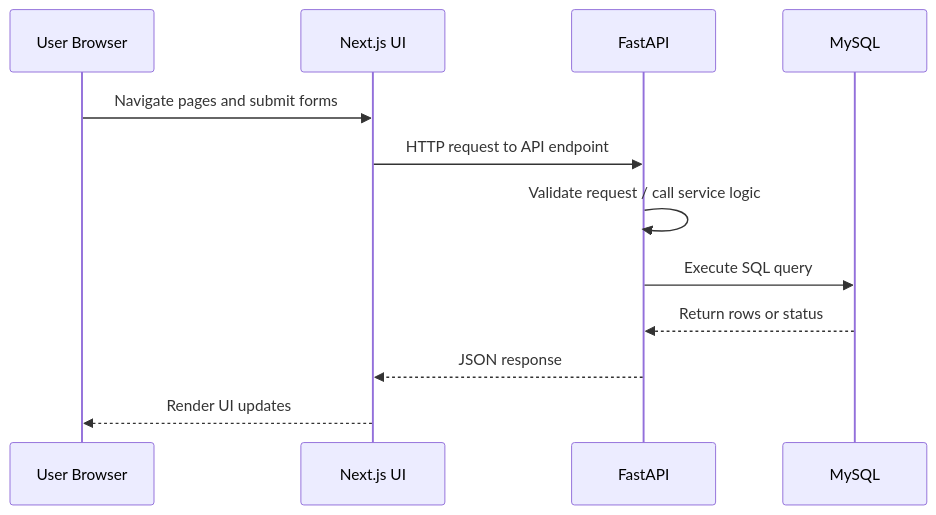
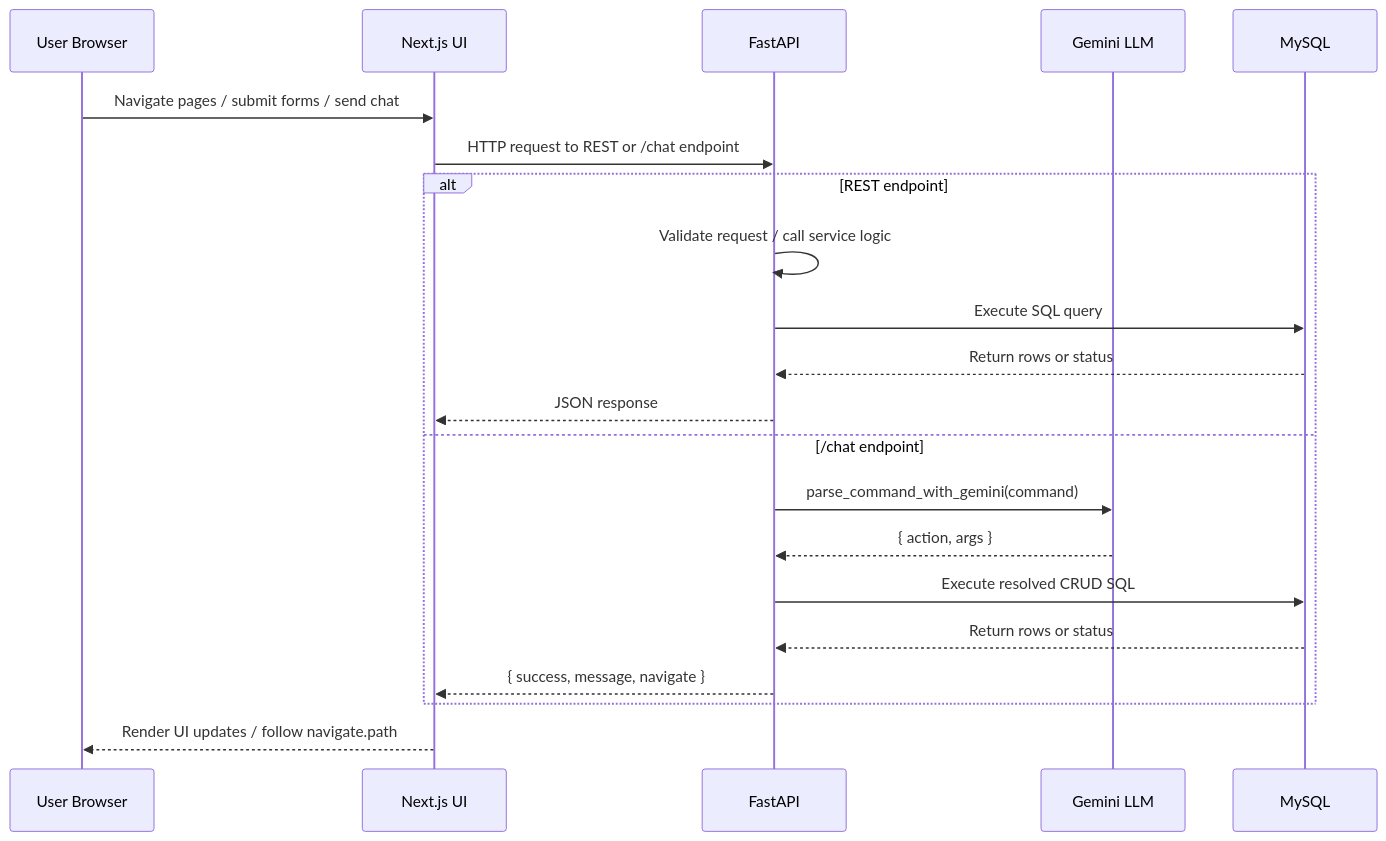
The third of 5 diagrams in README.md (Laksh-Shetty/School_Management), drawn with Mermaid before and after one commit. The commit also changed other lines of this file, not shown here.

First line of the commit message:
Add AI chat interface and update project overview

````diff
--- a/README.md
+++ b/README.md
@@ -245,15 +276,24 @@
 ```mermaid
 sequenceDiagram
     participant User as User Browser
     participant Frontend as Next.js UI
     participant Backend as FastAPI
+    participant Gemini as Gemini LLM
     participant DB as MySQL
 
-    User->>Frontend: Navigate pages and submit forms
-    Frontend->>Backend: HTTP request to API endpoint
-    Backend->>Backend: Validate request / call service logic
-    Backend->>DB: Execute SQL query
-    DB-->>Backend: Return rows or status
-    Backend-->>Frontend: JSON response
-    Frontend-->>User: Render UI updates
+    User->>Frontend: Navigate pages / submit forms / send chat
+    Frontend->>Backend: HTTP request to REST or /chat endpoint
+    alt REST endpoint
+        Backend->>Backend: Validate request / call service logic
+        Backend->>DB: Execute SQL query
+        DB-->>Backend: Return rows or status
+        Backend-->>Frontend: JSON response
+    else /chat endpoint
+        Backend->>Gemini: parse_command_with_gemini(command)
+        Gemini-->>Backend: { action, args }
+        Backend->>DB: Execute resolved CRUD SQL
+        DB-->>Backend: Return rows or status
+        Backend-->>Frontend: { success, message, navigate }
+    end
+    Frontend-->>User: Render UI updates / follow navigate.path
 ```
````
